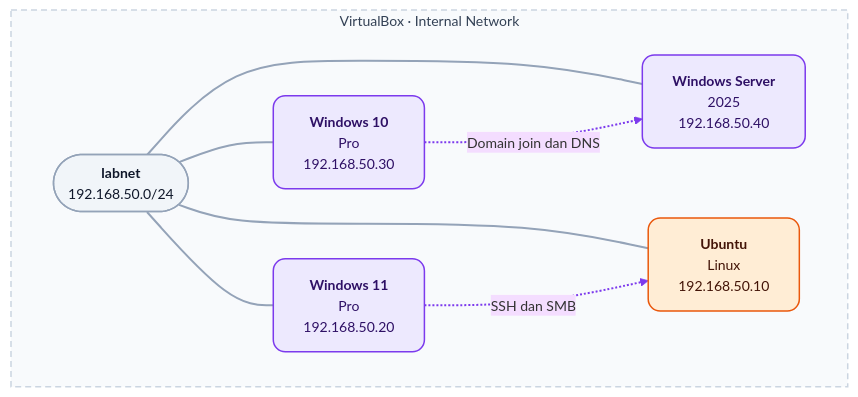
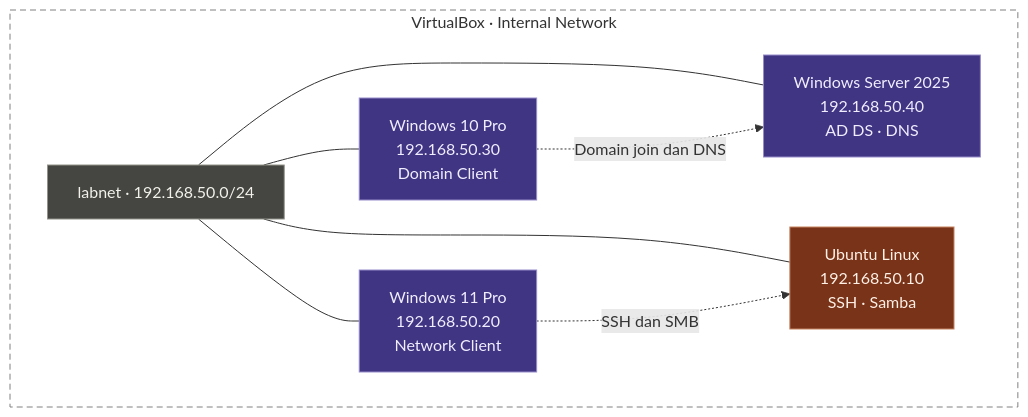
One commit to Irfanrahmatf/infra-homelab changed the diagram in COMMAND.md. Above: the diagram before and after it, drawn with Mermaid.

````diff
--- a/COMMAND.md
+++ b/COMMAND.md
@@ -12,33 +12,40 @@
 ```mermaid
-%%{init: {"theme": "base", "flowchart": {"curve": "basis", "nodeSpacing": 50, "rankSpacing": 60}, "themeVariables": {"fontFamily": "Inter, Segoe UI, sans-serif", "fontSize": "14px", "lineColor": "#94a3b8", "clusterBkg": "#f8fafc", "clusterBorder": "#cbd5e1"}}}%%
 flowchart TB
     subgraph LAB["VirtualBox · Internal Network"]
-        NET(["<b>labnet</b><br/>192.168.50.0/24"])
- 
-        W10["<b>Windows 10</b><br/>Pro<br/>192.168.50.30"]
-        DC["<b>Windows Server</b><br/>2025<br/>192.168.50.40"]
-        W11["<b>Windows 11</b><br/>Pro<br/>192.168.50.20"]
-        UB["<b>Ubuntu</b><br/>Linux<br/>192.168.50.10"]
- 
+        NET["labnet · 192.168.50.0/24"]
+
+        W10["Windows 10 Pro
+192.168.50.30
+Domain Client"]
+
+        DC["Windows Server 2025
+192.168.50.40
+AD DS · DNS"]
+
+        W11["Windows 11 Pro
+192.168.50.20
+Network Client"]
+
+        UB["Ubuntu Linux
+192.168.50.10
+SSH · Samba"]
+
         NET --- W10
         NET --- DC
         NET --- W11
         NET --- UB
- 
+
         W10 -.->|"Domain join dan DNS"| DC
         W11 -.->|"SSH dan SMB"| UB
     end
- 
-    classDef net fill:#f1f5f9,stroke:#94a3b8,stroke-width:1.5px,color:#0f172a,rx:20,ry:20
-    classDef win fill:#ede9fe,stroke:#7c3aed,stroke-width:1.5px,color:#2e1065,rx:12,ry:12
-    classDef lin fill:#ffedd5,stroke:#ea580c,stroke-width:1.5px,color:#431407,rx:12,ry:12
- 
-    class NET net
-    class W10,DC,W11 win
-    class UB lin
- 
-    style LAB fill:#f8fafc,stroke:#cbd5e1,stroke-width:1.5px,stroke-dasharray:6 4,color:#334155
- 
-    linkStyle 0,1,2,3 stroke:#94a3b8,stroke-width:2px
-    linkStyle 4,5 stroke:#7c3aed,stroke-width:2px
+
+    classDef windows fill:#403582,stroke:#968bc9,stroke-width:1px,color:#f0edff
+    classDef linux fill:#783319,stroke:#c78361,stroke-width:1px,color:#fff0e6
+    classDef network fill:#454541,stroke:#93938a,stroke-width:1px,color:#f2f2eb
+
+    class W10,DC,W11 windows
+    class UB linux
+    class NET network
+
+    style LAB fill:transparent,stroke:#808080,stroke-width:1px,stroke-dasharray:6 4
 ```
````
